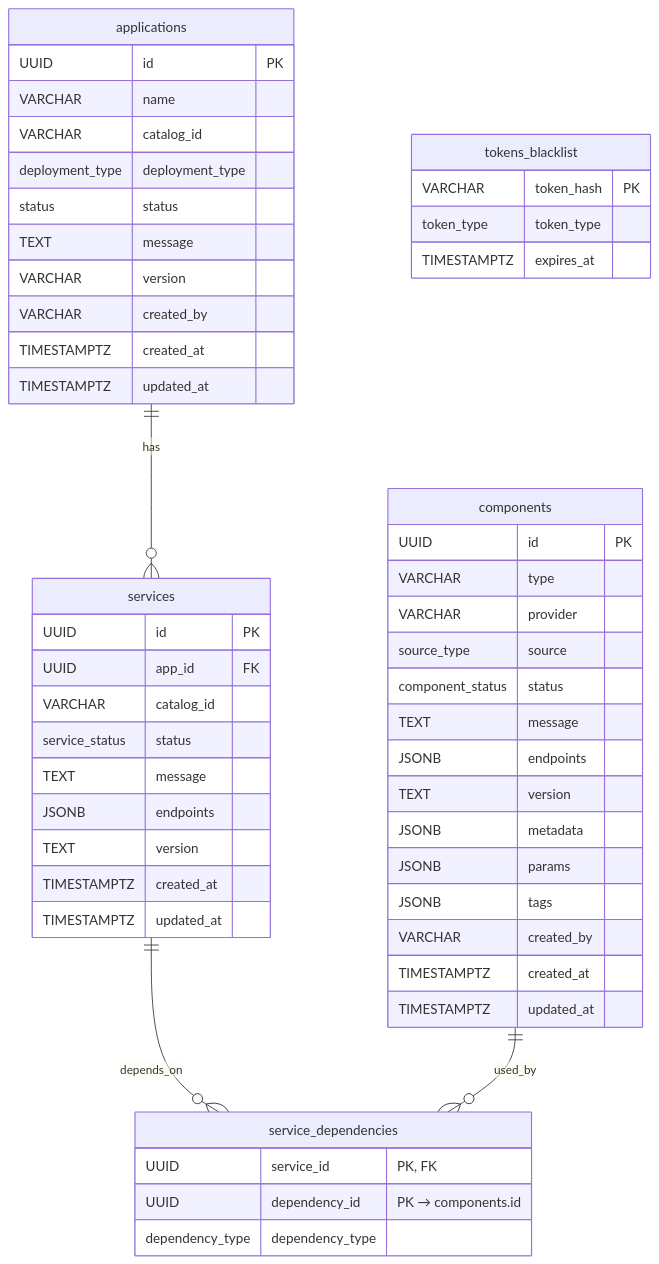
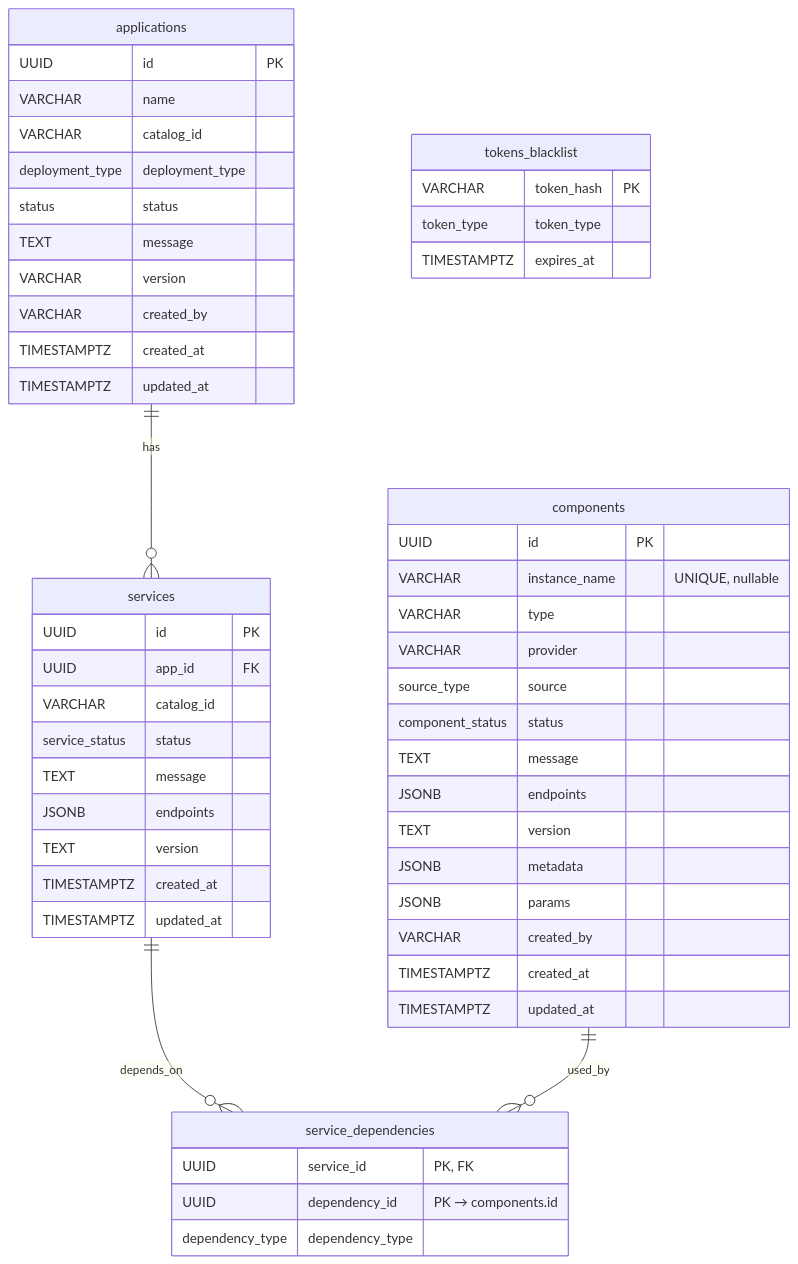
Before and after one commit to IBM/project-ai-services: the third of 3 diagrams in docs/proposals/catalog/vector-store-connectors-proposal.md, drawn with Mermaid. The commit also changed other lines of this file and 1 other file, not shown here.

Commit message:
Deploy Options + Create App flow

````diff
--- a/docs/proposals/catalog/vector-store-connectors-proposal.md
+++ b/docs/proposals/catalog/vector-store-connectors-proposal.md
@@ -221,60 +228,60 @@
 ```mermaid
 erDiagram
     applications ||--o{ services : "has"
     services ||--o{ service_dependencies : "depends_on"
     components ||--o{ service_dependencies : "used_by"
 
     applications {
         UUID id PK
         VARCHAR name
         VARCHAR catalog_id
         deployment_type deployment_type
         status status
         TEXT message
         VARCHAR version
         VARCHAR created_by
         TIMESTAMPTZ created_at
         TIMESTAMPTZ updated_at
     }
 
     services {
         UUID id PK
         UUID app_id FK
         VARCHAR catalog_id
         service_status status
         TEXT message
         JSONB endpoints
         TEXT version
         TIMESTAMPTZ created_at
         TIMESTAMPTZ updated_at
     }
 
     components {
         UUID id PK
+        VARCHAR instance_name "UNIQUE, nullable"
         VARCHAR type
         VARCHAR provider
         source_type source
         component_status status
         TEXT message
         JSONB endpoints
         TEXT version
         JSONB metadata
         JSONB params
-        JSONB tags
         VARCHAR created_by
         TIMESTAMPTZ created_at
         TIMESTAMPTZ updated_at
     }
 
     service_dependencies {
         UUID service_id "PK, FK"
         UUID dependency_id "PK → components.id"
         dependency_type dependency_type
     }
 
     tokens_blacklist {
         VARCHAR token_hash PK
         token_type token_type
         TIMESTAMPTZ expires_at
     }
 ```
````
